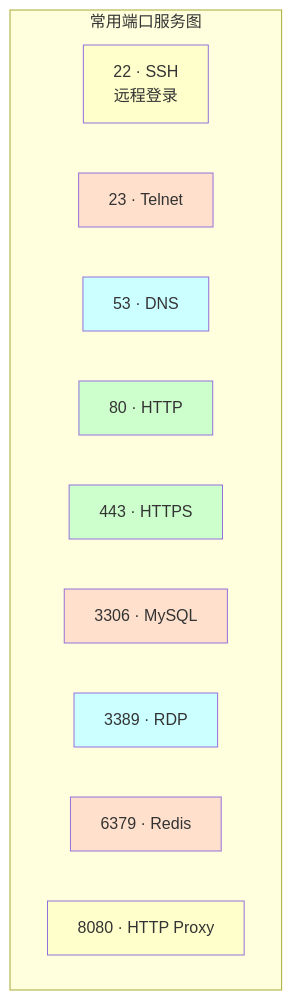
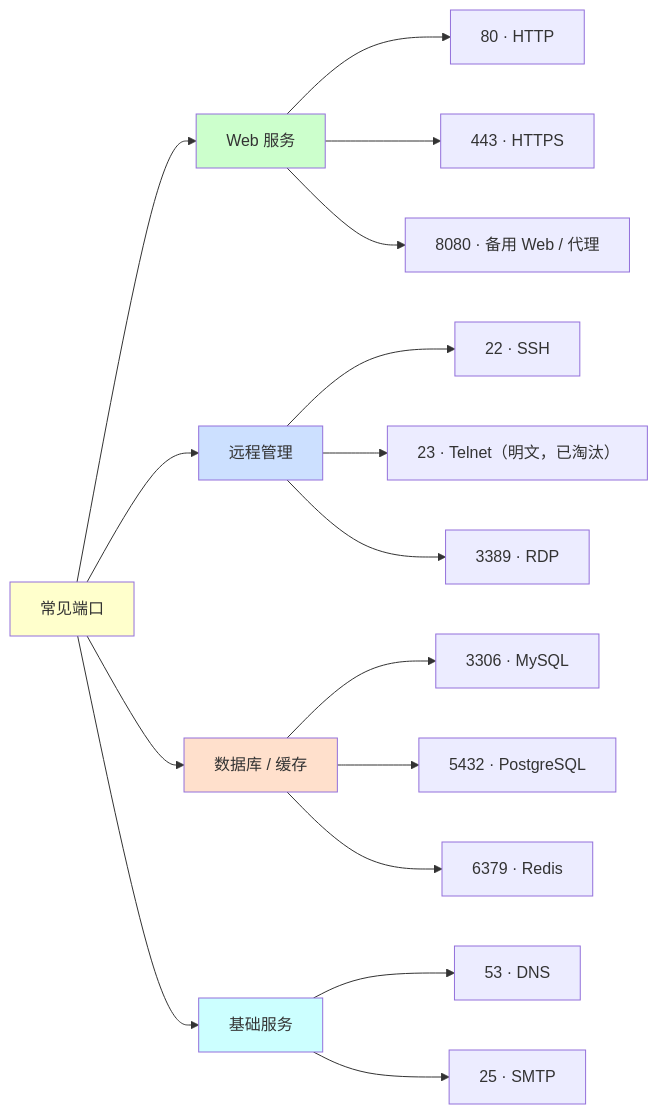
Before and after one commit to before80/prgms: the sixth of 6 diagrams in content/linux/net_basic/Chapter-29-Network-Fundamentals.md, drawn with Mermaid. The commit also changed other lines of this file and 1645 other files, not shown here.

````diff
--- a/content/linux/net_basic/Chapter-29-Network-Fundamentals.md
+++ b/content/linux/net_basic/Chapter-29-Network-Fundamentals.md
@@ -519,23 +564,24 @@
 ```mermaid
-graph TB
-    subgraph "常用端口服务图"
-        P22["22 · SSH<br/>远程登录"]
-        P23["23 · Telnet"]
-        P53["53 · DNS"]
-        P80["80 · HTTP"]
-        P443["443 · HTTPS"]
-        P3306["3306 · MySQL"]
-        P3389["3389 · RDP"]
-        P6379["6379 · Redis"]
-        P8080["8080 · HTTP Proxy"]
-    end
-    style P22 fill:#ffffcc
-    style P23 fill:#ffe0cc
-    style P53 fill:#ccffff
-    style P80 fill:#ccffcc
-    style P443 fill:#ccffcc
-    style P3306 fill:#ffe0cc
-    style P3389 fill:#ccffff
-    style P6379 fill:#ffe0cc
-    style P8080 fill:#ffffcc
+graph LR
+    R["常见端口"]
+    R --> W["Web 服务"]
+    R --> M["远程管理"]
+    R --> D["数据库 / 缓存"]
+    R --> O["基础服务"]
+    W --> P80["80 · HTTP"]
+    W --> P443["443 · HTTPS"]
+    W --> P8080["8080 · 备用 Web / 代理"]
+    M --> P22["22 · SSH"]
+    M --> P23["23 · Telnet（明文，已淘汰）"]
+    M --> P3389["3389 · RDP"]
+    D --> P3306["3306 · MySQL"]
+    D --> P5432["5432 · PostgreSQL"]
+    D --> P6379["6379 · Redis"]
+    O --> P53["53 · DNS"]
+    O --> P25["25 · SMTP"]
+    style R fill:#ffffcc
+    style W fill:#ccffcc
+    style M fill:#cce0ff
+    style D fill:#ffe0cc
+    style O fill:#ccffff
 ```
````
